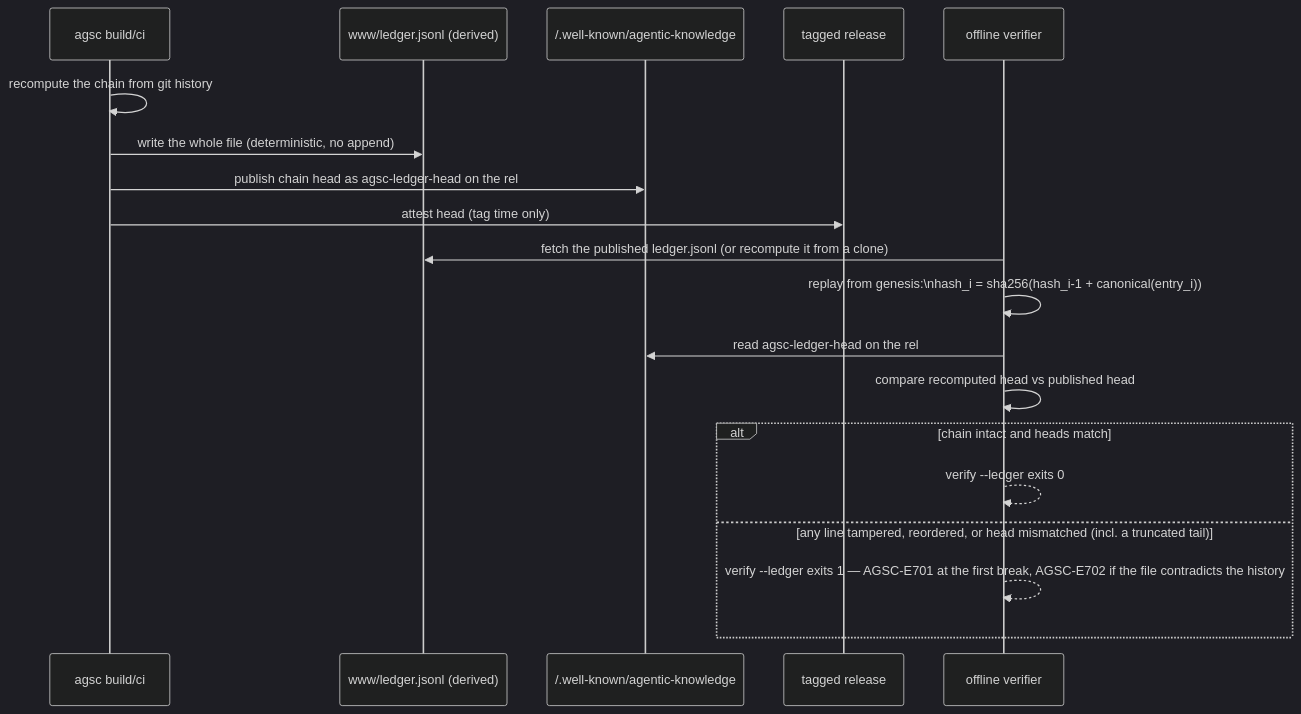
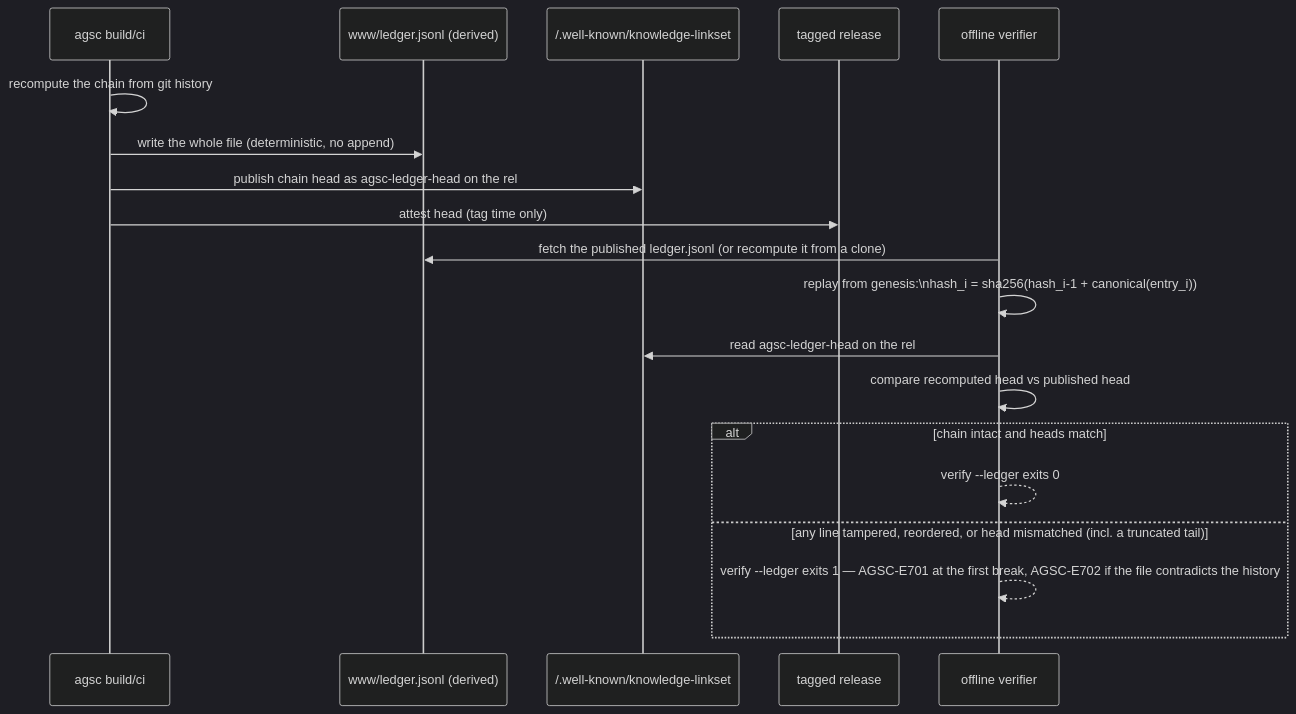
Before and after one commit to andreibesleaga/agentic-system-core: the second of 2 diagrams in docs/diagrams/algo-ledger.md, drawn with Mermaid (dark theme). The commit also changed other lines of this file and 41 other files, not shown here.

````diff
--- a/docs/diagrams/algo-ledger.md
+++ b/docs/diagrams/algo-ledger.md
@@ -20,23 +20,23 @@
 ```mermaid
 sequenceDiagram
   participant CI as agsc build/ci
   participant Out as www/ledger.jsonl (derived)
-  participant WK as /.well-known/agentic-knowledge
+  participant WK as /.well-known/knowledge-linkset
   participant Rel as tagged release
   participant Reader as offline verifier
 
   CI->>CI: recompute the chain from git history
   CI->>Out: write the whole file (deterministic, no append)
   CI->>WK: publish chain head as agsc-ledger-head on the rel#ledger link
   CI->>Rel: attest head (tag time only)
 
   Reader->>Out: fetch the published ledger.jsonl (or recompute it from a clone)
   Reader->>Reader: replay from genesis:\nhash_i = sha256(hash_i-1 + canonical(entry_i))
   Reader->>WK: read agsc-ledger-head on the rel#ledger link
   Reader->>Reader: compare recomputed head vs published head
   alt chain intact and heads match
     Reader-->>Reader: verify --ledger exits 0
   else any line tampered, reordered, or head mismatched (incl. a truncated tail)
     Reader-->>Reader: verify --ledger exits 1 — AGSC-E701 at the first break, AGSC-E702 if the file contradicts the history
   end
 ```
````
